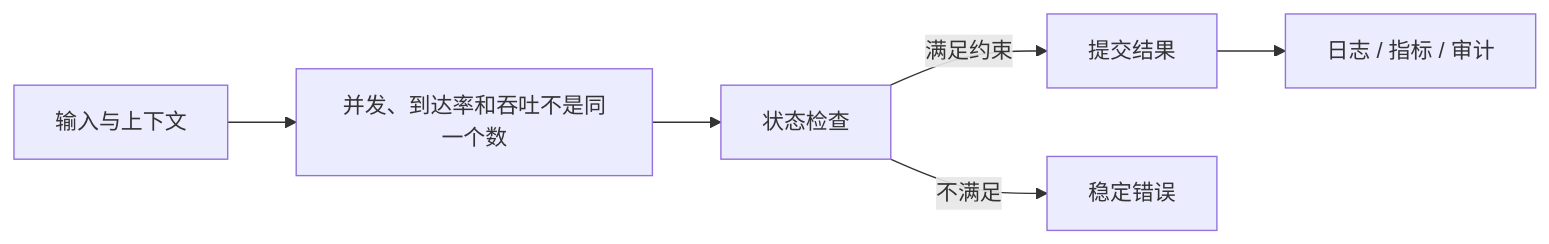
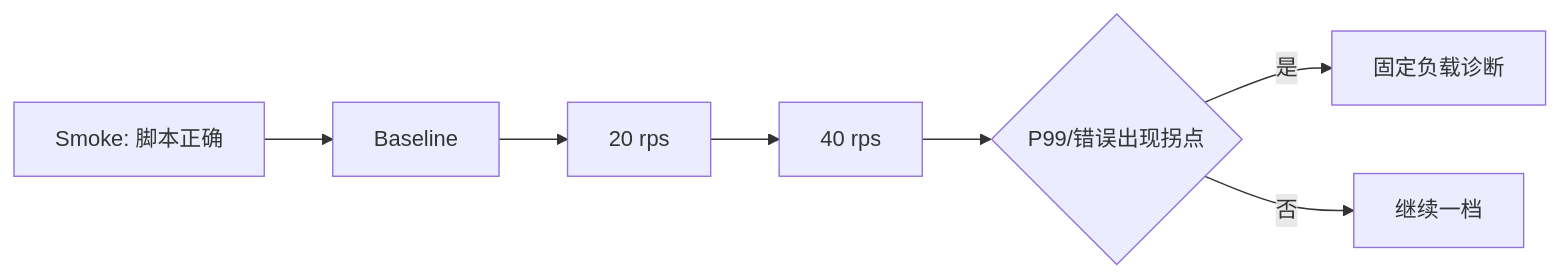
Before and after one commit to upJiang/jiang-blog-vitepress: the diagram in docs/backend/k6-load-qps-tps-latency-p99.md, drawn with Mermaid. The commit also changed other lines of this file and 341 other files, not shown here.

````diff
--- a/docs/backend/k6-load-qps-tps-latency-p99.md
+++ b/docs/backend/k6-load-qps-tps-latency-p99.md
@@ -34,8 +79,9 @@
 ```mermaid
 flowchart LR
-  A[输入与上下文] --> B[并发、到达率和吞吐不是同一个数]
-  B --> C[状态检查]
-  C -->|满足约束| D[提交结果]
-  C -->|不满足| E[稳定错误]
-  D --> F[日志 / 指标 / 审计]
+  S[Smoke: 脚本正确] --> B[Baseline]
+  B --> L1[20 rps]
+  L1 --> L2[40 rps]
+  L2 --> K{P99/错误出现拐点}
+  K -->|是| DIAG[固定负载诊断]
+  K -->|否| L3[继续一档]
 ```
````
